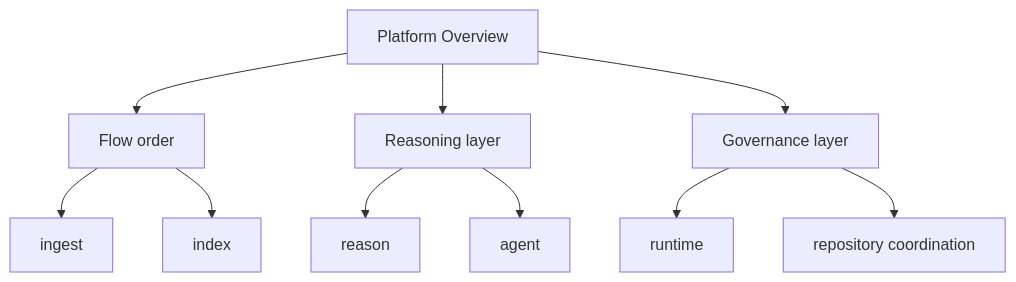
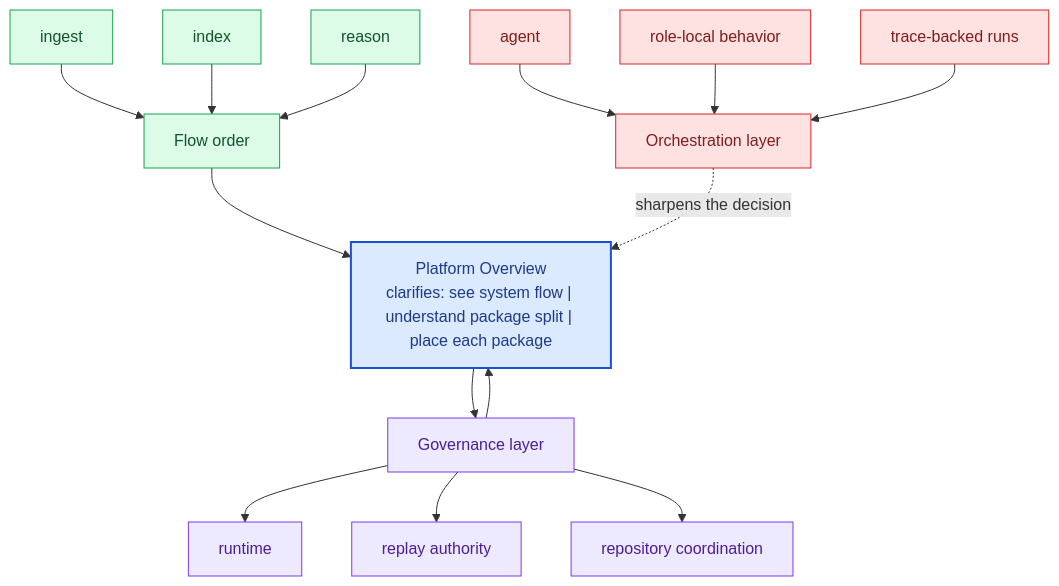
One commit to bijux/bijux-canon changed the second of 2 diagrams in docs/bijux-canon/platform-overview.md. Above: the diagram before and after it, drawn with Mermaid. The commit also changed other lines of this file and 281 other files, not shown here.

Commit message:
docs(diagrams): deepen handbook mermaid maps across the catalog

````diff
--- a/docs/bijux-canon/platform-overview.md
+++ b/docs/bijux-canon/platform-overview.md
@@ -45,22 +78,40 @@
 ```mermaid
-flowchart TD
-    page["Platform Overview"]
+flowchart TB
+    promise["Platform Overview<br/>clarifies: see system flow | understand package split | place each package"]
+    classDef promise fill:#dbeafe,stroke:#1d4ed8,color:#1e3a8a,stroke-width:2px;
+    classDef driver fill:#dcfce7,stroke:#16a34a,color:#14532d;
+    classDef constraint fill:#fee2e2,stroke:#dc2626,color:#7f1d1d;
+    classDef ground fill:#ede9fe,stroke:#7c3aed,color:#4c1d95;
     focus1["Flow order"]
-    page --> focus1
+    focus1 --> promise
     focus1_1["ingest"]
-    focus1 --> focus1_1
+    focus1_1 --> focus1
     focus1_2["index"]
-    focus1 --> focus1_2
-    focus2["Reasoning layer"]
-    page --> focus2
-    focus2_1["reason"]
-    focus2 --> focus2_1
-    focus2_2["agent"]
-    focus2 --> focus2_2
+    focus1_2 --> focus1
+    focus1_3["reason"]
+    focus1_3 --> focus1
+    class focus1 driver;
+    class focus1_1,focus1_2,focus1_3 driver;
+    focus2["Orchestration layer"]
+    focus2 -.sharpens the decision.-> promise
+    focus2_1["agent"]
+    focus2_1 --> focus2
+    focus2_2["role-local behavior"]
+    focus2_2 --> focus2
+    focus2_3["trace-backed runs"]
+    focus2_3 --> focus2
+    class focus2 constraint;
+    class focus2_1,focus2_2,focus2_3 constraint;
     focus3["Governance layer"]
-    page --> focus3
+    focus3 --> promise
+    promise --> focus3
     focus3_1["runtime"]
     focus3 --> focus3_1
-    focus3_2["repository coordination"]
+    focus3_2["replay authority"]
     focus3 --> focus3_2
+    focus3_3["repository coordination"]
+    focus3 --> focus3_3
+    class focus3 ground;
+    class focus3_1,focus3_2,focus3_3 ground;
+    class promise promise;
 ```
````
